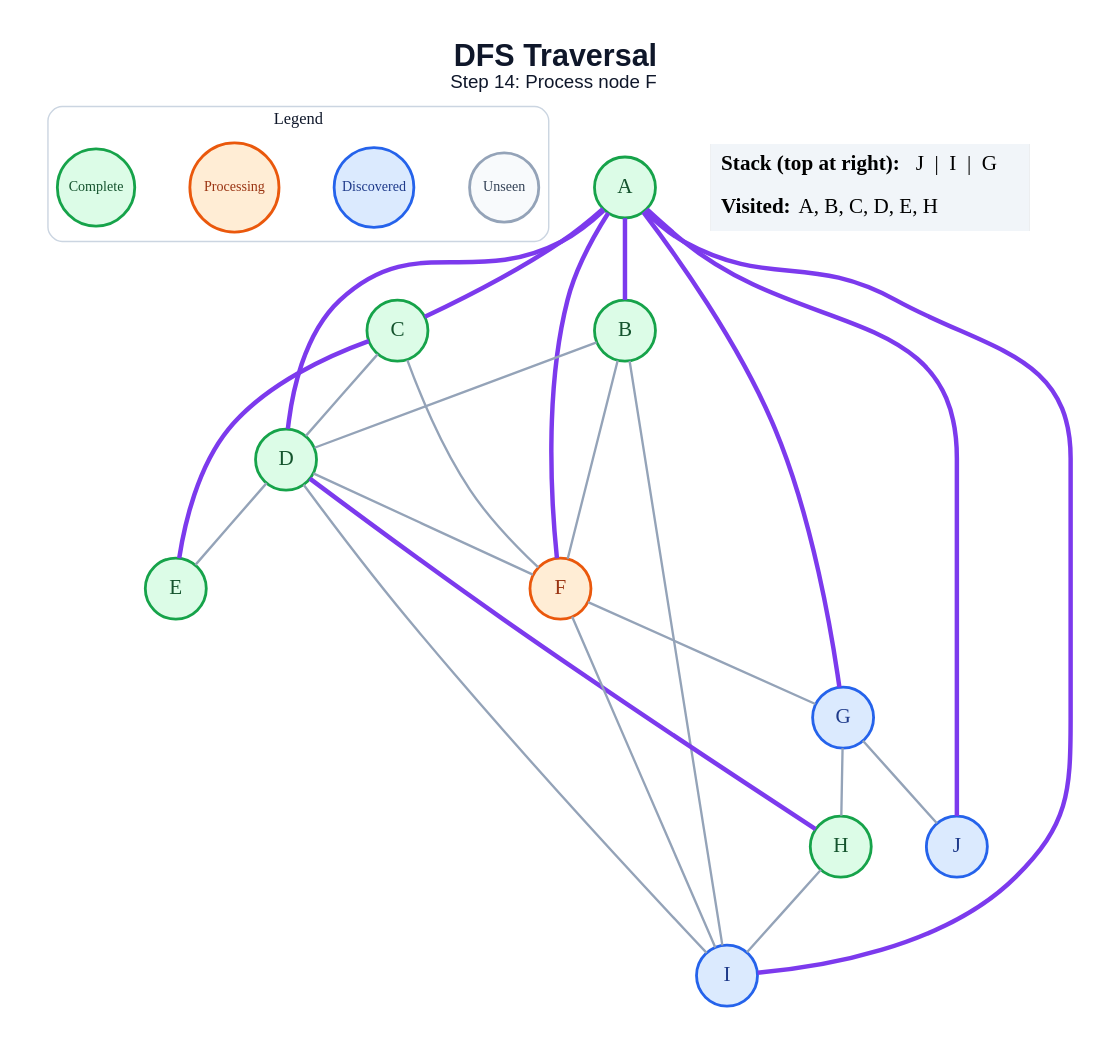
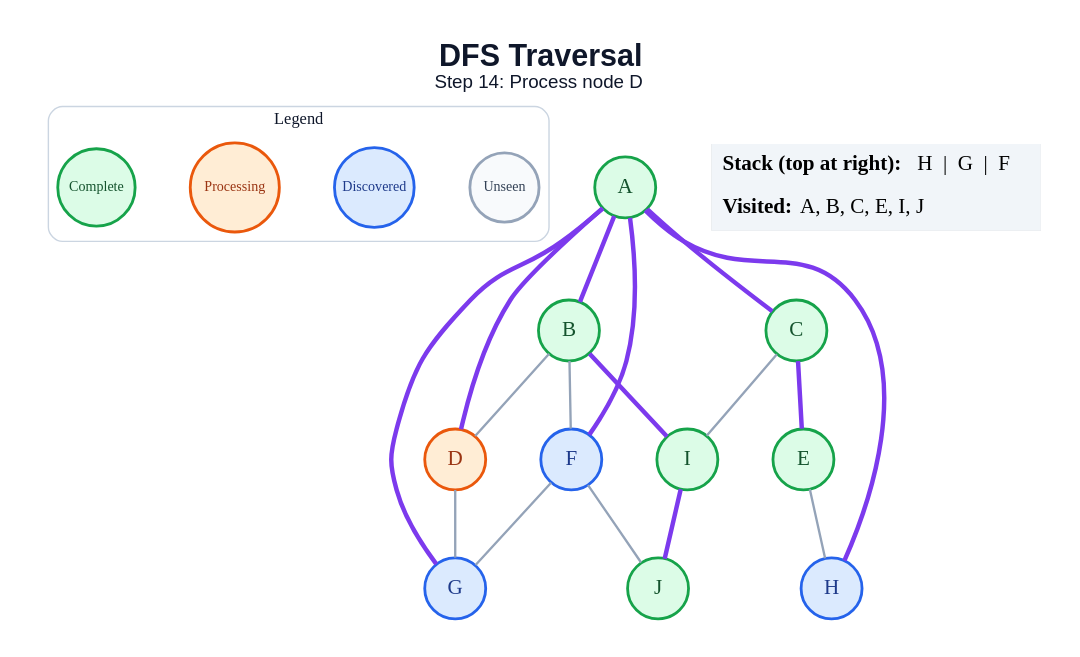
One commit to amanghodawala9/ai-slop changed the diagram in generated/dfs/step_14.dot. Above: the diagram before and after it, drawn with Graphviz. The commit also changed 178 other files, not shown here.

```diff
--- a/generated/dfs/step_14.dot
+++ b/generated/dfs/step_14.dot
@@ -1,51 +1,45 @@
 graph traversal {
   graph [layout=dot, rankdir=TB, bgcolor="#FFFFFF", pad="0.35", nodesep="0.65", ranksep="0.8", fontname="Arial"];
   node [shape=circle, style="filled", fontname="Arial Bold", fontsize=18, width=0.72, fixedsize=true, penwidth=2.4];
   edge [color="#94A3B8", penwidth=2.0];
-  label=<<B>DFS Traversal</B><BR/><FONT POINT-SIZE="16">Step 14: Process node F</FONT>>; labelloc="t"; fontsize=26; fontname="Arial"; fontcolor="#0F172A";
+  label=<<B>DFS Traversal</B><BR/><FONT POINT-SIZE="16">Step 14: Process node D</FONT>>; labelloc="t"; fontsize=26; fontname="Arial"; fontcolor="#0F172A";
   subgraph cluster_legend { label="Legend"; color="#CBD5E1"; penwidth=1.2; style="rounded"; fontsize=14; fontname="Arial Bold";
     key_unseen [label="Unseen", fillcolor="#F8FAFC", color="#94A3B8", fontcolor="#334155", fontsize=12, width=0.82];
     key_frontier [label="Discovered", fillcolor="#DBEAFE", color="#2563EB", fontcolor="#1E3A8A", fontsize=12, width=0.95];
     key_current [label="Processing", fillcolor="#FFEDD5", color="#EA580C", fontcolor="#9A3412", fontsize=12, width=1.05];
     key_done [label="Complete", fillcolor="#DCFCE7", color="#16A34A", fontcolor="#14532D", fontsize=12, width=0.92];
     { rank=same; key_unseen; key_frontier; key_current; key_done; }
   }
   A [fillcolor="#DCFCE7", color="#16A34A", fontcolor="#14532D"];
   B [fillcolor="#DCFCE7", color="#16A34A", fontcolor="#14532D"];
   C [fillcolor="#DCFCE7", color="#16A34A", fontcolor="#14532D"];
-  D [fillcolor="#DCFCE7", color="#16A34A", fontcolor="#14532D"];
+  D [fillcolor="#FFEDD5", color="#EA580C", fontcolor="#9A3412"];
   E [fillcolor="#DCFCE7", color="#16A34A", fontcolor="#14532D"];
-  F [fillcolor="#FFEDD5", color="#EA580C", fontcolor="#9A3412"];
+  F [fillcolor="#DBEAFE", color="#2563EB", fontcolor="#1E3A8A"];
   G [fillcolor="#DBEAFE", color="#2563EB", fontcolor="#1E3A8A"];
-  H [fillcolor="#DCFCE7", color="#16A34A", fontcolor="#14532D"];
-  I [fillcolor="#DBEAFE", color="#2563EB", fontcolor="#1E3A8A"];
-  J [fillcolor="#DBEAFE", color="#2563EB", fontcolor="#1E3A8A"];
+  H [fillcolor="#DBEAFE", color="#2563EB", fontcolor="#1E3A8A"];
+  I [fillcolor="#DCFCE7", color="#16A34A", fontcolor="#14532D"];
+  J [fillcolor="#DCFCE7", color="#16A34A", fontcolor="#14532D"];
   A -- B [color="#7C3AED", penwidth=3.8];
   A -- C [color="#7C3AED", penwidth=3.8];
   A -- D [color="#7C3AED", penwidth=3.8];
   A -- F [color="#7C3AED", penwidth=3.8];
   A -- G [color="#7C3AED", penwidth=3.8];
-  A -- I [color="#7C3AED", penwidth=3.8];
-  A -- J [color="#7C3AED", penwidth=3.8];
+  A -- H [color="#7C3AED", penwidth=3.8];
   B -- D;
   B -- F;
-  B -- I;
-  C -- D;
+  B -- I [color="#7C3AED", penwidth=3.8];
   C -- E [color="#7C3AED", penwidth=3.8];
-  C -- F;
-  D -- E;
-  D -- F;
-  D -- H [color="#7C3AED", penwidth=3.8];
-  D -- I;
+  C -- I;
+  D -- G;
+  E -- H;
   F -- G;
-  F -- I;
-  G -- H;
-  G -- J;
-  H -- I;
+  F -- J;
+  I -- J [color="#7C3AED", penwidth=3.8];
   status [shape=plain, fixedsize=false, width=0, height=0, margin=0, label=<
     <TABLE BORDER="0" CELLBORDER="0" CELLPADDING="7" BGCOLOR="#F1F5F9">
-      <TR><TD ALIGN="LEFT"><B>Stack (top at right):</B> J  |  I  |  G</TD></TR>
-      <TR><TD ALIGN="LEFT"><B>Visited:</B> A, B, C, D, E, H</TD></TR>
+      <TR><TD ALIGN="LEFT"><B>Stack (top at right):</B> H  |  G  |  F</TD></TR>
+      <TR><TD ALIGN="LEFT"><B>Visited:</B> A, B, C, E, I, J</TD></TR>
     </TABLE>
   >];
 }
```
